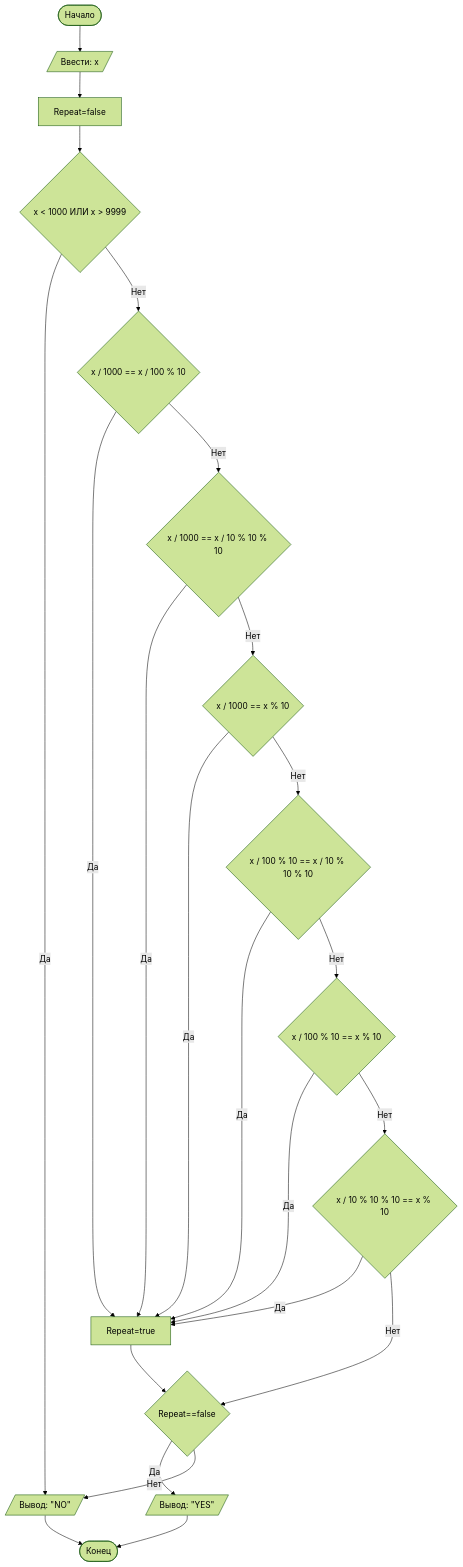
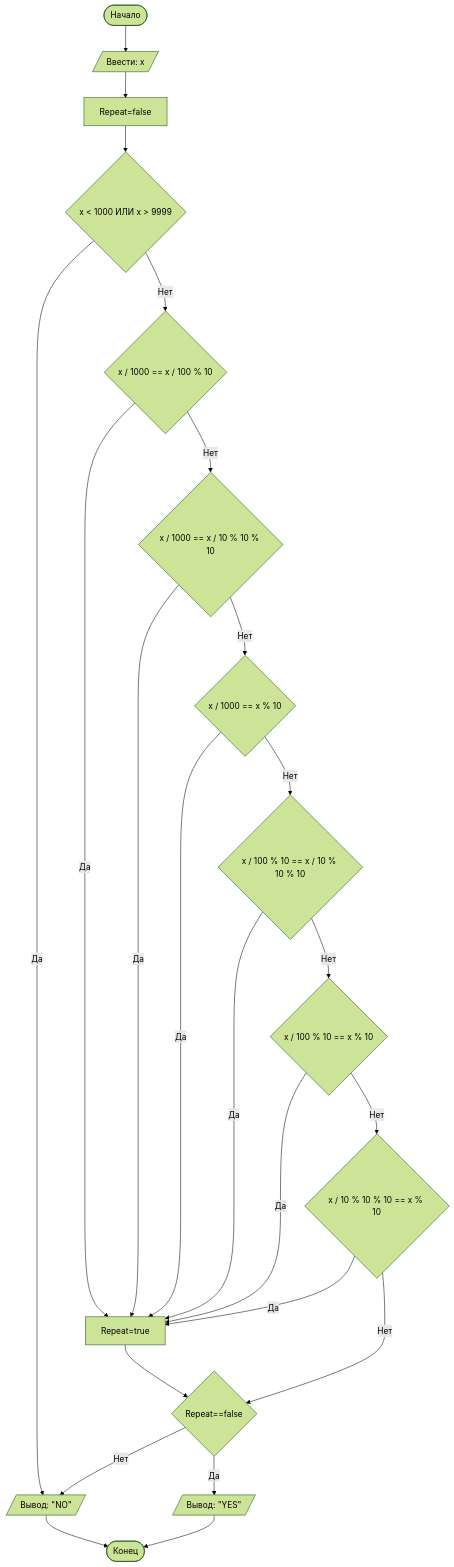
One commit to Tabooretishe/Lab1 changed the diagram in README.md. Above: the diagram before and after it, drawn with Mermaid (forest theme). The commit also changed other lines of this file, not shown here.

````diff
--- a/README.md
+++ b/README.md
@@ -82,26 +82,26 @@
 ```mermaid
 graph TD
     A([Начало]) --> B[/Ввести: x/]
     B --> Q[Repeat=false]
     Q --> C{x < 1000 ИЛИ x > 9999}
     C -- Да --> K[/Вывод: "NO"/]
     C -- Нет--> D{"x / 1000 == x / 100 % 10"}
     D -- Да --> X[Repeat=true]
     D -- Нет--> E{"x / 1000 == x / 10 % 10 % 10"}
     E -- Да --> X[Repeat=true]
     E -- Нет--> F{"x / 1000 == x % 10"}
     F -- Да --> X[Repeat=true]
     F -- Нет--> G{"x / 100 % 10 == x / 10 % 10 % 10"}
     G -- Да --> X[Repeat=true]
     G -- Нет--> H{"x / 100 % 10 == x % 10"}
     H -- Да --> X[Repeat=true]
     H -- Нет--> J{"x / 10 % 10 % 10 == x % 10"}
     J -- Да --> X[Repeat=true]
     J -- Нет--> L{Repeat==false}
     X --> L
+    L -- Нет--> K[/Вывод: "NO"/]
     L -- Да --> P[/Вывод: "YES"/]
-    L -- Нет--> K[/Вывод: "NO"/]
     P --> Z
     K --> Z([Конец])
 
 ```
````
